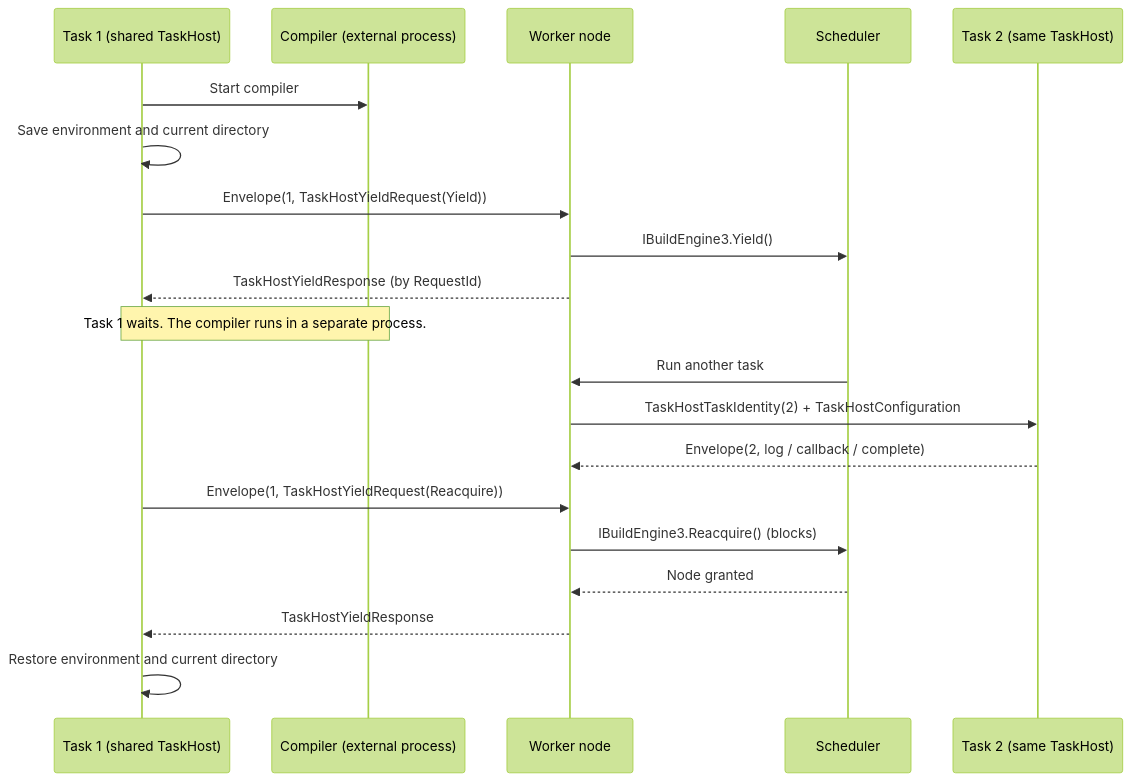
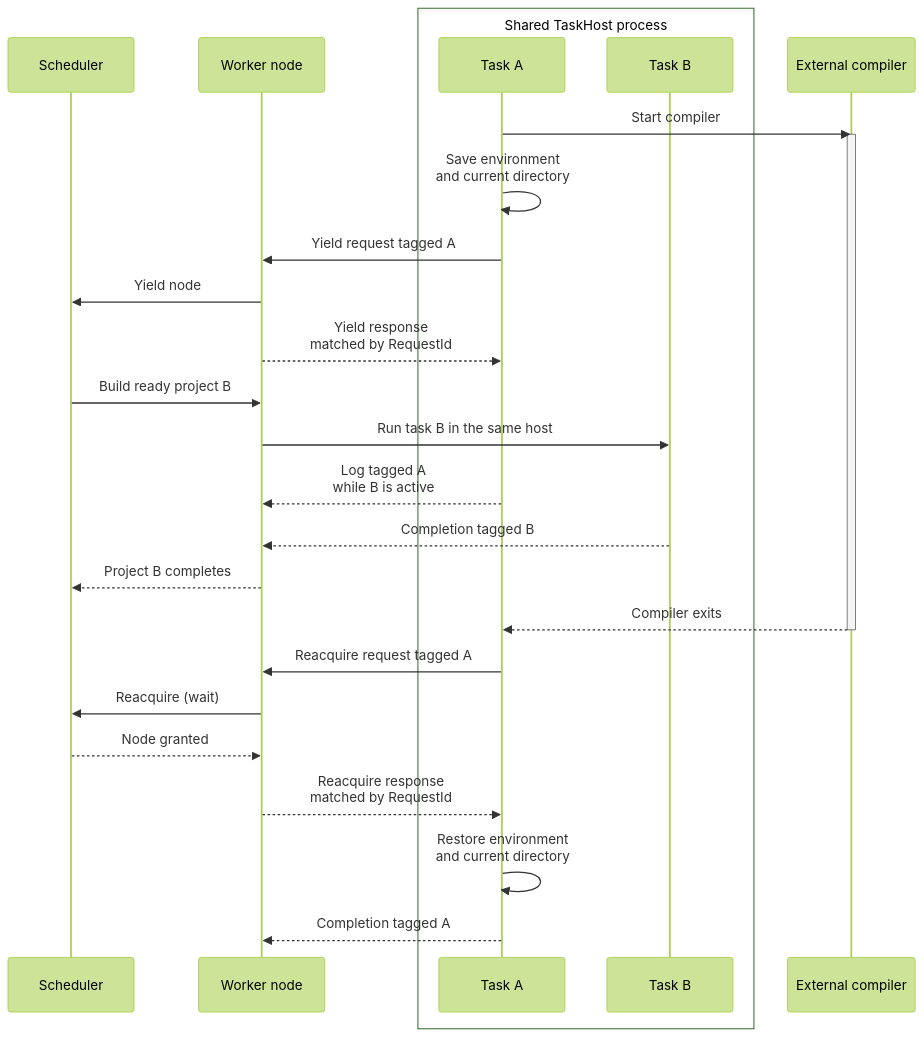
One commit to dotnet/msbuild changed the fourth of 4 diagrams in documentation/specs/multithreading/taskhost-yield.md. Above: the diagram before and after it, drawn with Mermaid (forest theme). The commit also changed other lines of this file, not shown here.

Commit message:
Explain TaskHost yield problem and design decisions for reviewers

````diff
--- a/documentation/specs/multithreading/taskhost-yield.md
+++ b/documentation/specs/multithreading/taskhost-yield.md
@@ -112,23 +185,30 @@
 ```mermaid
 sequenceDiagram
-    participant T1 as Task 1 (shared TaskHost)
-    participant C as Compiler (external process)
-    participant WN as Worker node
-    participant SC as Scheduler
-    participant T2 as Task 2 (same TaskHost)
+    participant S as Scheduler
+    participant W as Worker node
+    box Shared TaskHost process
+        participant A as Task A
+        participant B as Task B
+    end
+    participant C as External compiler
 
-    T1->>C: Start compiler
-    T1->>T1: Save environment and current directory
-    T1->>WN: Envelope(1, TaskHostYieldRequest(Yield))
-    WN->>SC: IBuildEngine3.Yield()
-    WN-->>T1: TaskHostYieldResponse (by RequestId)
-    Note over T1,C: Task 1 waits. The compiler runs in a separate process.
-    SC->>WN: Run another task
-    WN->>T2: TaskHostTaskIdentity(2) + TaskHostConfiguration
-    T2-->>WN: Envelope(2, log / callback / complete)
-    T1->>WN: Envelope(1, TaskHostYieldRequest(Reacquire))
-    WN->>SC: IBuildEngine3.Reacquire() (blocks)
-    SC-->>WN: Node granted
-    WN-->>T1: TaskHostYieldResponse
-    T1->>T1: Restore environment and current directory
+    A->>C: Start compiler
+    activate C
+    A->>A: Save environment<br/>and current directory
+    A->>W: Yield request tagged A
+    W->>S: Yield node
+    W-->>A: Yield response<br/>matched by RequestId
+    S->>W: Build ready project B
+    W->>B: Run task B in the same host
+    A-->>W: Log tagged A<br/>while B is active
+    B-->>W: Completion tagged B
+    W-->>S: Project B completes
+    C-->>A: Compiler exits
+    deactivate C
+    A->>W: Reacquire request tagged A
+    W->>S: Reacquire (wait)
+    S-->>W: Node granted
+    W-->>A: Reacquire response<br/>matched by RequestId
+    A->>A: Restore environment<br/>and current directory
+    A-->>W: Completion tagged A
 ```
````
